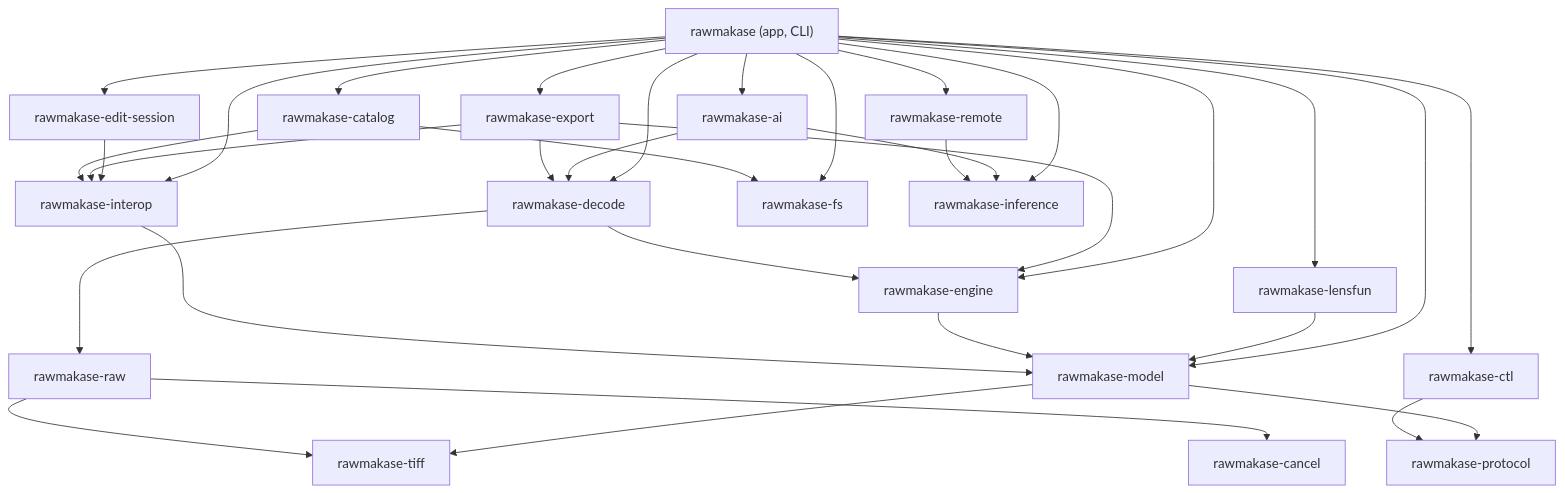
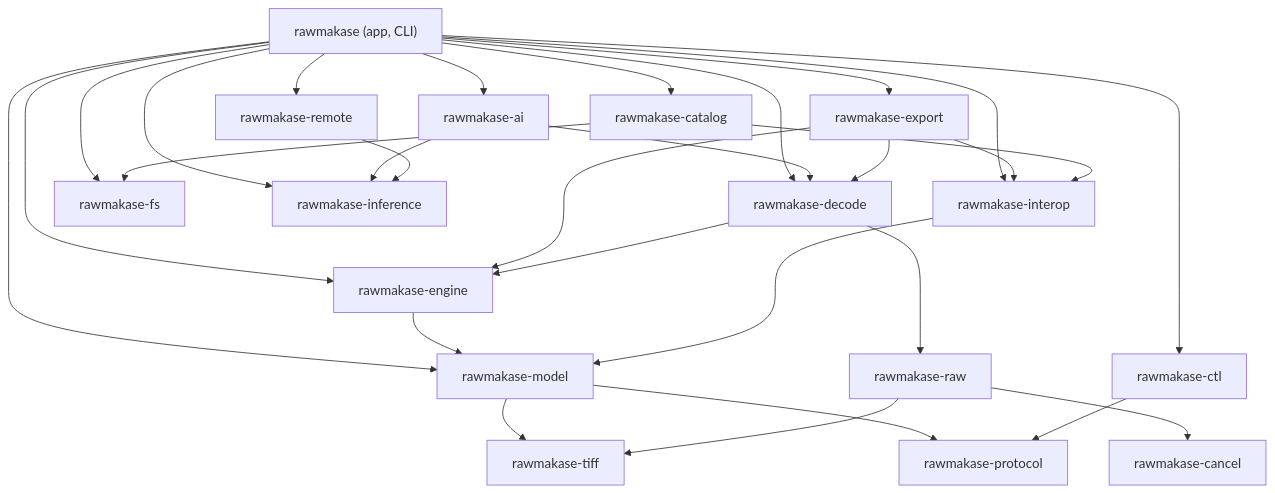
Before and after one commit to ljbergmann/rawmakase: the diagram in docs/architecture.md, drawn with Mermaid. The commit also changed other lines of this file and 43 other files, not shown here.

First line of the commit message:
Keep edit History, Before/After, sort orders and Lensfun's installer where upstream has them

````diff
--- a/docs/architecture.md
+++ b/docs/architecture.md
@@ -15,36 +15,32 @@
 ```mermaid
 flowchart TD
     app["rawmakase (app, CLI)"]
     export[rawmakase-export]
     decode[rawmakase-decode]
     catalog[rawmakase-catalog]
     engine[rawmakase-engine]
     interop[rawmakase-interop]
     model[rawmakase-model]
     raw[rawmakase-raw]
     tiff[rawmakase-tiff]
     cancel[rawmakase-cancel]
     fs[rawmakase-fs]
     protocol[rawmakase-protocol]
     ctl[rawmakase-ctl]
     remote[rawmakase-remote]
     inference[rawmakase-inference]
-    session[rawmakase-edit-session]
     ai[rawmakase-ai]
-    lensfun[rawmakase-lensfun]
 
     app --> export & decode & catalog & engine & interop & model
-    app --> ctl & remote & inference & fs & session & ai & lensfun
-    session --> interop
+    app --> ctl & remote & inference & fs & ai
     ai --> decode & inference
-    lensfun --> model
     export --> decode & engine & interop
     decode --> engine & raw
     catalog --> interop & fs
     engine --> model
     interop --> model
     model --> tiff & protocol
     raw --> tiff & cancel
     ctl --> protocol
     remote --> inference
 ```
````
